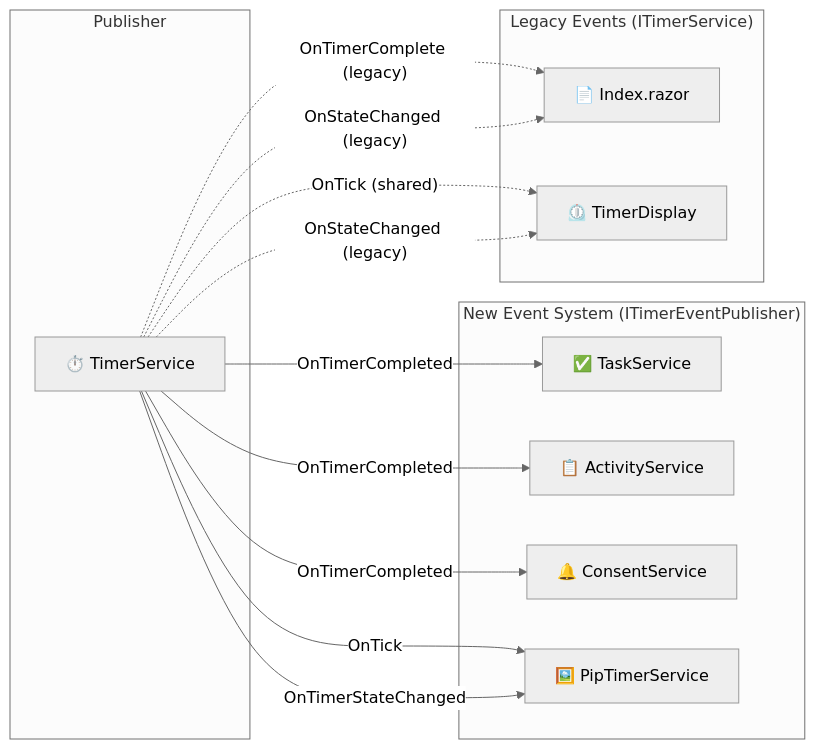
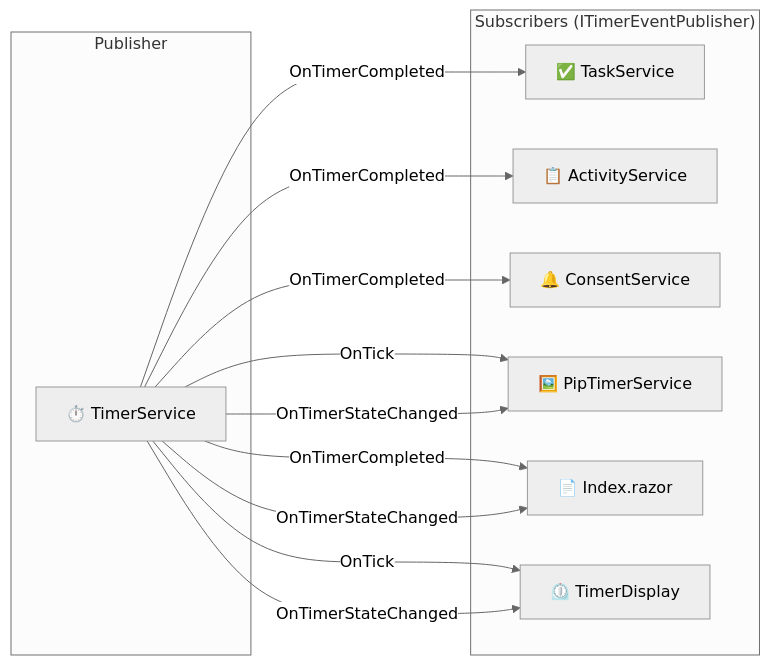
One commit to Nayeem170/Pomodoro changed the third of 8 diagrams in CODEMAP.md. Above: the diagram before and after it, drawn with Mermaid (neutral theme). The commit also changed other lines of this file, not shown here.

Commit message:
docs: update CODEMAP.md - remove dual event system, all subscribers now use ITimerEventPublisher

````diff
--- a/CODEMAP.md
+++ b/CODEMAP.md
@@ -190,29 +190,25 @@
 ```mermaid
 graph LR
     subgraph Publisher["Publisher"]
         TimerService["⏱️ TimerService"]
     end
 
-    subgraph NewSubscribers["New Event System (ITimerEventPublisher)"]
+    subgraph Subscribers["Subscribers (ITimerEventPublisher)"]
         TaskService["✅ TaskService"]
         ActivityService["📋 ActivityService"]
         ConsentService["🔔 ConsentService"]
         PipTimerService["🖼️ PipTimerService"]
-    end
-
-    subgraph OldSubscribers["Legacy Events (ITimerService)"]
         Index["📄 Index.razor"]
         TimerDisplay["⏲️ TimerDisplay"]
     end
 
     TimerService -->|"OnTimerCompleted"| TaskService
     TimerService -->|"OnTimerCompleted"| ActivityService
     TimerService -->|"OnTimerCompleted"| ConsentService
+    TimerService -->|"OnTimerCompleted"| Index
     TimerService -->|"OnTick"| PipTimerService
+    TimerService -->|"OnTick"| TimerDisplay
     TimerService -->|"OnTimerStateChanged"| PipTimerService
-
-    TimerService -.->|"OnTimerComplete (legacy)"| Index
-    TimerService -.->|"OnStateChanged (legacy)"| Index
-    TimerService -.->|"OnTick (shared)"| TimerDisplay
-    TimerService -.->|"OnStateChanged (legacy)"| TimerDisplay
+    TimerService -->|"OnTimerStateChanged"| Index
+    TimerService -->|"OnTimerStateChanged"| TimerDisplay
 ```
````
